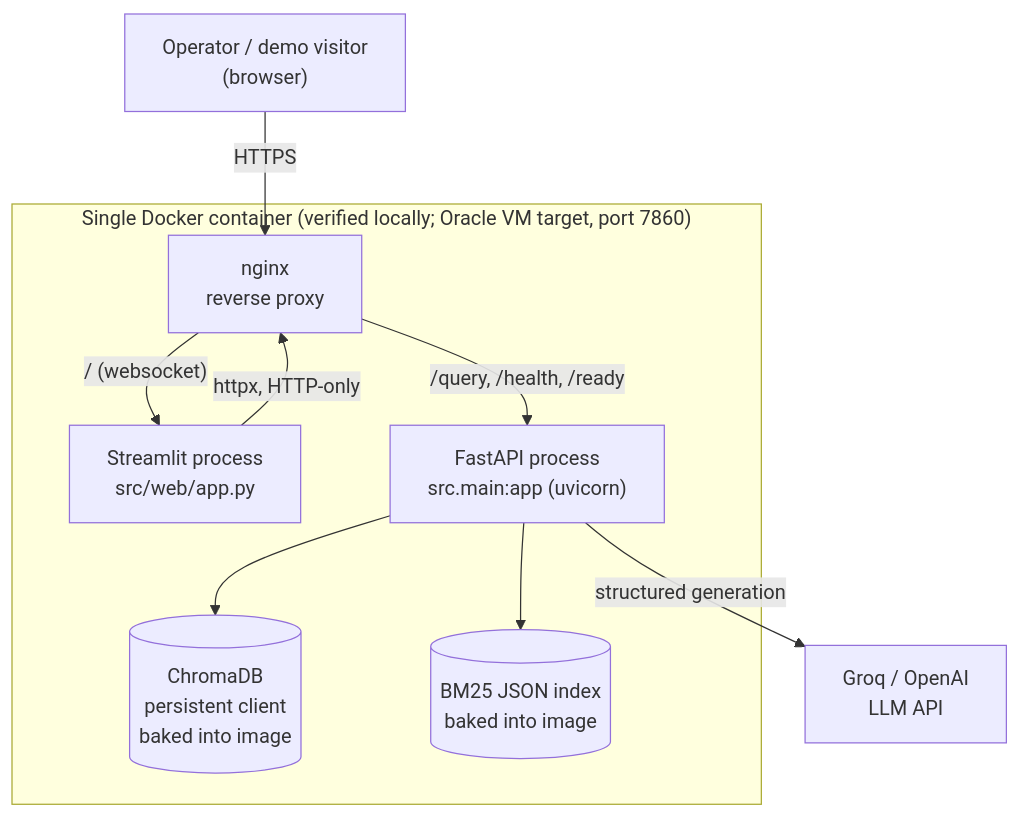
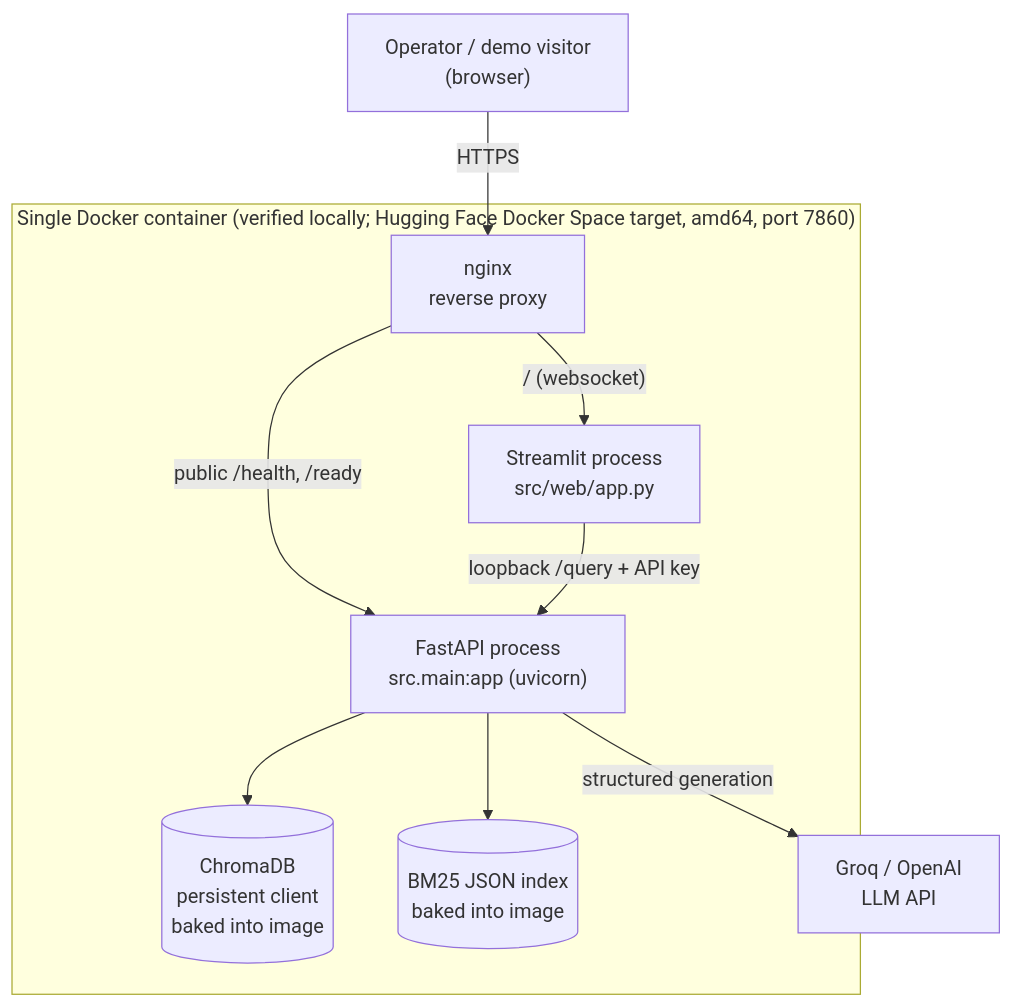
Before and after one commit to Jehu-Lara/manufacturing-rag-assistant: the first of 3 diagrams in docs/architecture/c4-diagram.md, drawn with Mermaid. The commit also changed other lines of this file and 15 other files, not shown here.

First line of the commit message:
feat(deploy): pivot to Hugging Face PRO Docker Space (ADR-007)

````diff
--- a/docs/architecture/c4-diagram.md
+++ b/docs/architecture/c4-diagram.md
@@ -10,22 +10,22 @@
 ```mermaid
 graph TB
     operator["Operator / demo visitor<br/>(browser)"]
 
-    subgraph container["Single Docker container (verified locally; Oracle VM target, port 7860)"]
+    subgraph container["Single Docker container (verified locally; Hugging Face Docker Space target, amd64, port 7860)"]
         nginx["nginx<br/>reverse proxy"]
         streamlit["Streamlit process<br/>src/web/app.py"]
         api["FastAPI process<br/>src.main:app (uvicorn)"]
         chroma[("ChromaDB<br/>persistent client<br/>baked into image")]
         bm25[("BM25 JSON index<br/>baked into image")]
     end
 
     llm["Groq / OpenAI<br/>LLM API"]
 
     operator -->|HTTPS| nginx
     nginx -->|"/ (websocket)"| streamlit
-    nginx -->|"/query, /health, /ready"| api
-    streamlit -->|"httpx, HTTP-only"| nginx
+    nginx -->|"public /health, /ready"| api
+    streamlit -->|"loopback /query + API key"| api
     api --> chroma
     api --> bm25
     api -->|"structured generation"| llm
 ```
````
